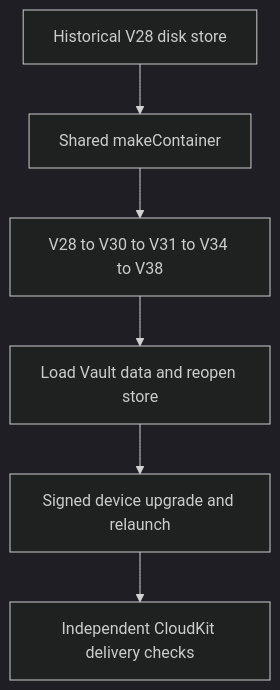
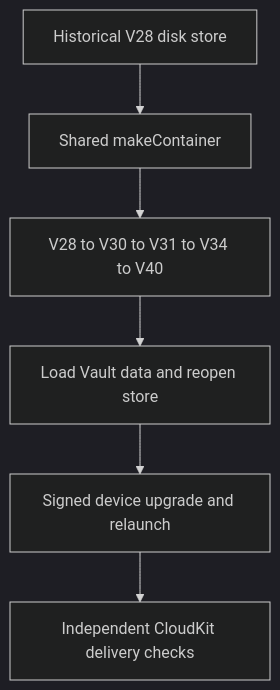
One commit to AkinoKaede/Termind changed the first of 2 diagrams in openwiki/operations/cloudkit-release-readiness.md. Above: the diagram before and after it, drawn with Mermaid (dark theme). The commit also changed other lines of this file and 49 other files, not shown here.

````diff
--- a/openwiki/operations/cloudkit-release-readiness.md
+++ b/openwiki/operations/cloudkit-release-readiness.md
@@ -160,8 +162,8 @@
 ```mermaid
 flowchart TD
     Fixture["Historical V28 disk store"] --> Factory["Shared makeContainer"]
-    Factory --> Local["V28 to V30 to V31 to V34 to V38"]
+    Factory --> Local["V28 to V30 to V31 to V34 to V40"]
     Local --> Verify["Load Vault data and reopen store"]
     Verify --> Device["Signed device upgrade and relaunch"]
     Device --> Cloud["Independent CloudKit delivery checks"]
 ```
````
